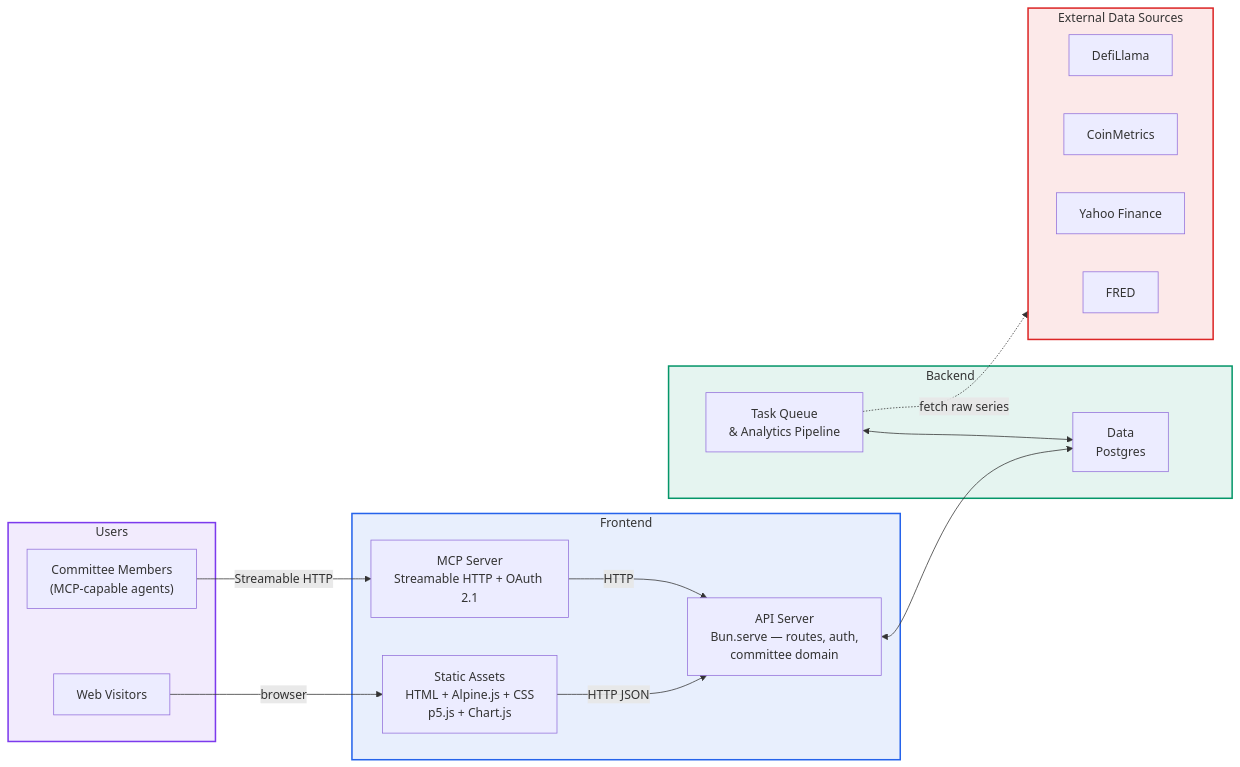
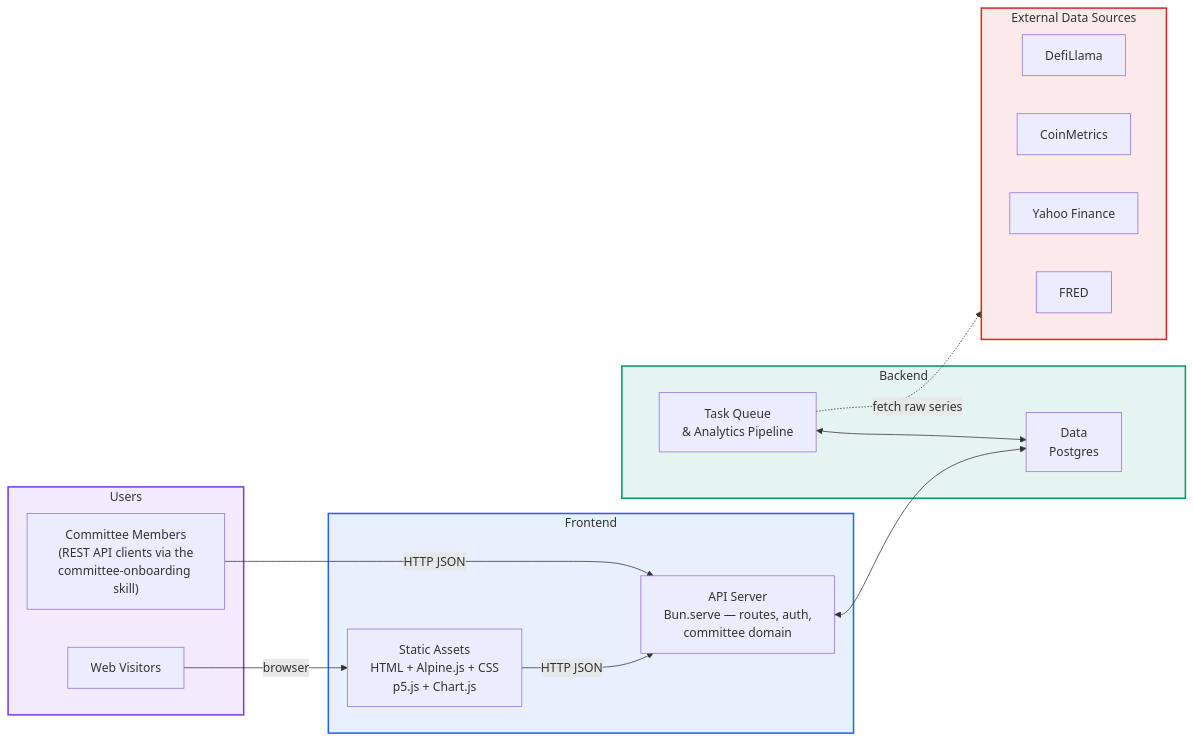
One commit to robotmoney/robotmoney-frontend changed the second of 4 diagrams in docs/architecture.md. Above: the diagram before and after it, drawn with Mermaid. The commit also changed other lines of this file and 3 other files, not shown here.

First line of the commit message:
docs(architecture): D21 — retire MCP, REST API + committee-onboarding skill only

````diff
--- a/docs/architecture.md
+++ b/docs/architecture.md
@@ -2931,39 +2928,37 @@
 ```mermaid
 flowchart LR
     subgraph Users["Users"]
         Visitors["Web Visitors"]
-        Members["Committee Members<br/>(MCP-capable agents)"]
+        Members["Committee Members<br/>(REST API clients via the<br/>committee-onboarding skill)"]
     end
 
     subgraph Frontend["Frontend"]
         Static["Static Assets<br/>HTML + Alpine.js + CSS<br/>p5.js + Chart.js"]
         API["API Server<br/>Bun.serve — routes, auth,<br/>committee domain"]
-        MCP["MCP Server<br/>Streamable HTTP + OAuth 2.1"]
     end
 
     subgraph Backend["Backend"]
         Worker["Task Queue<br/>& Analytics Pipeline"]
         DB["Data<br/>Postgres"]
     end
 
     subgraph External["External Data Sources"]
         direction LR
         Sources1["DefiLlama"]
         Sources2["CoinMetrics"]
         Sources3["Yahoo Finance"]
         Sources4["FRED"]
     end
 
     Visitors -->|browser| Static
     Static -->|HTTP JSON| API
-    Members -->|Streamable HTTP| MCP
-    MCP -->|HTTP| API
+    Members -->|HTTP JSON| API
     API <--> DB
     Worker <--> DB
     Worker -.->|fetch raw series| External
 
     style Users fill:#7c3aed1a,stroke:#7c3aed,stroke-width:2px
     style Frontend fill:#2563eb1a,stroke:#2563eb,stroke-width:2px
     style Backend fill:#0596691a,stroke:#059669,stroke-width:2px
     style External fill:#dc26261a,stroke:#dc2626,stroke-width:2px
 ```
````
